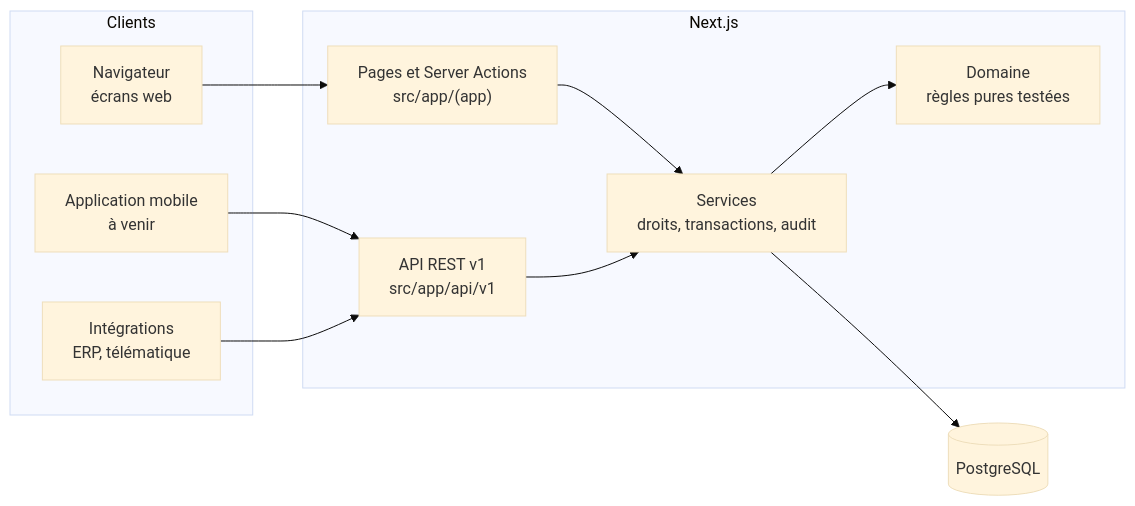
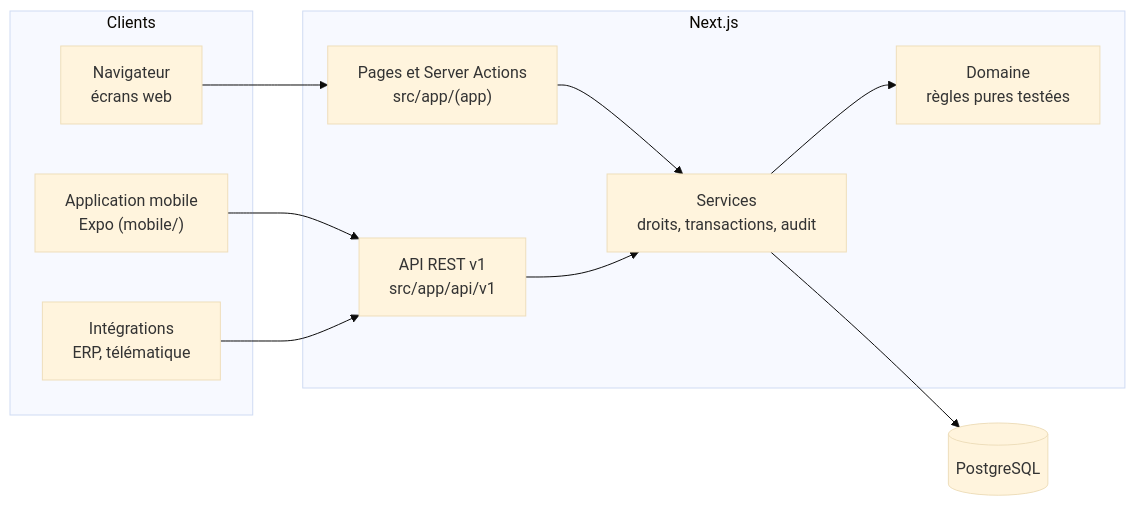
The first of 2 diagrams in docs/architecture.md (HMZID/GMAO), drawn with Mermaid (base theme) before and after one commit. The commit also changed other lines of this file and 50 other files, not shown here.

First line of the commit message:
GMAO-06 : application mobile Expo pour les techniciens (MOB-01 à MOB-09, MOB-13)

````diff
--- a/docs/architecture.md
+++ b/docs/architecture.md
@@ -7,22 +7,22 @@
 ```mermaid
 flowchart LR
   subgraph Clients
     W["Navigateur<br/>écrans web"]
-    M["Application mobile<br/>à venir"]
+    M["Application mobile<br/>Expo (mobile/)"]
     I["Intégrations<br/>ERP, télématique"]
   end
   subgraph Next.js
     P["Pages et Server Actions<br/>src/app/(app)"]
     A["API REST v1<br/>src/app/api/v1"]
     S["Services<br/>droits, transactions, audit"]
     D["Domaine<br/>règles pures testées"]
   end
   DB[(PostgreSQL)]
   W --> P
   M --> A
   I --> A
   P --> S
   A --> S
   S --> D
   S --> DB
 ```
````
